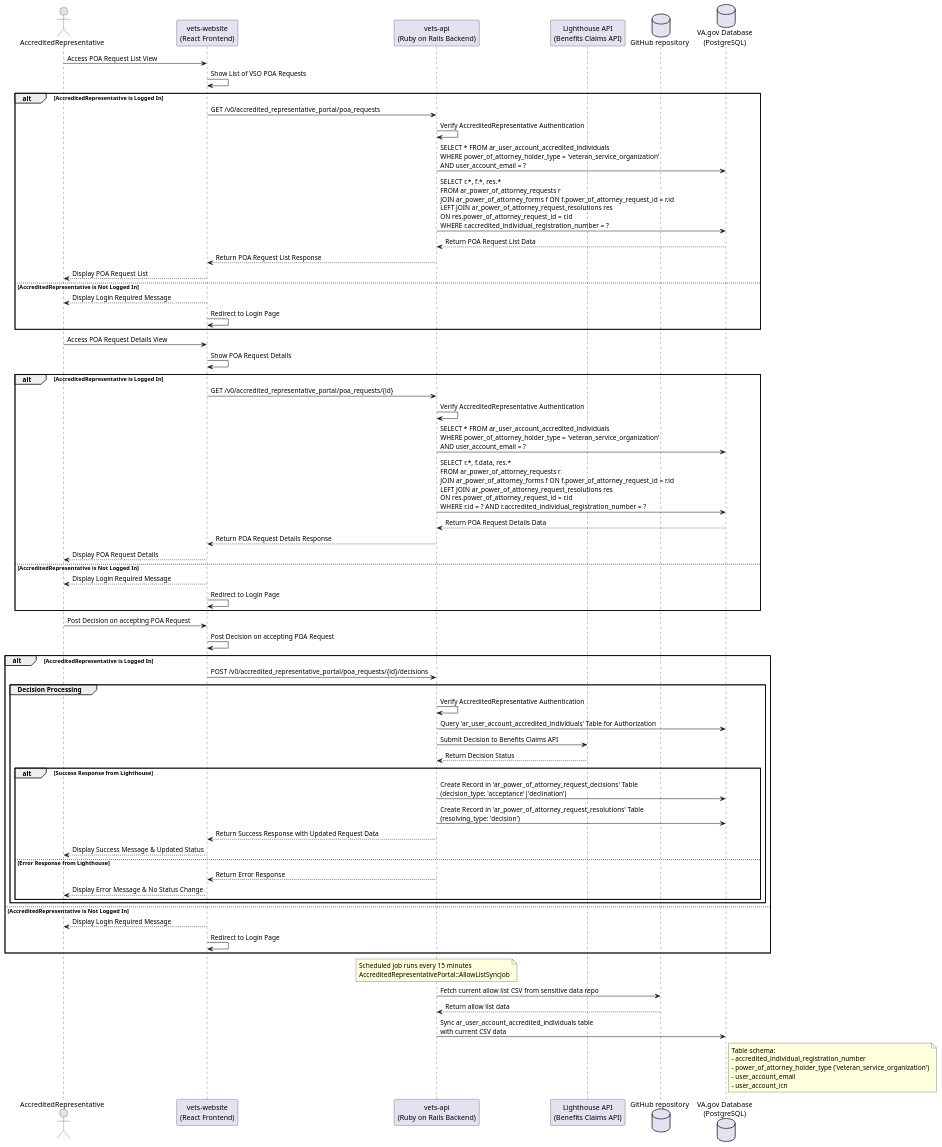
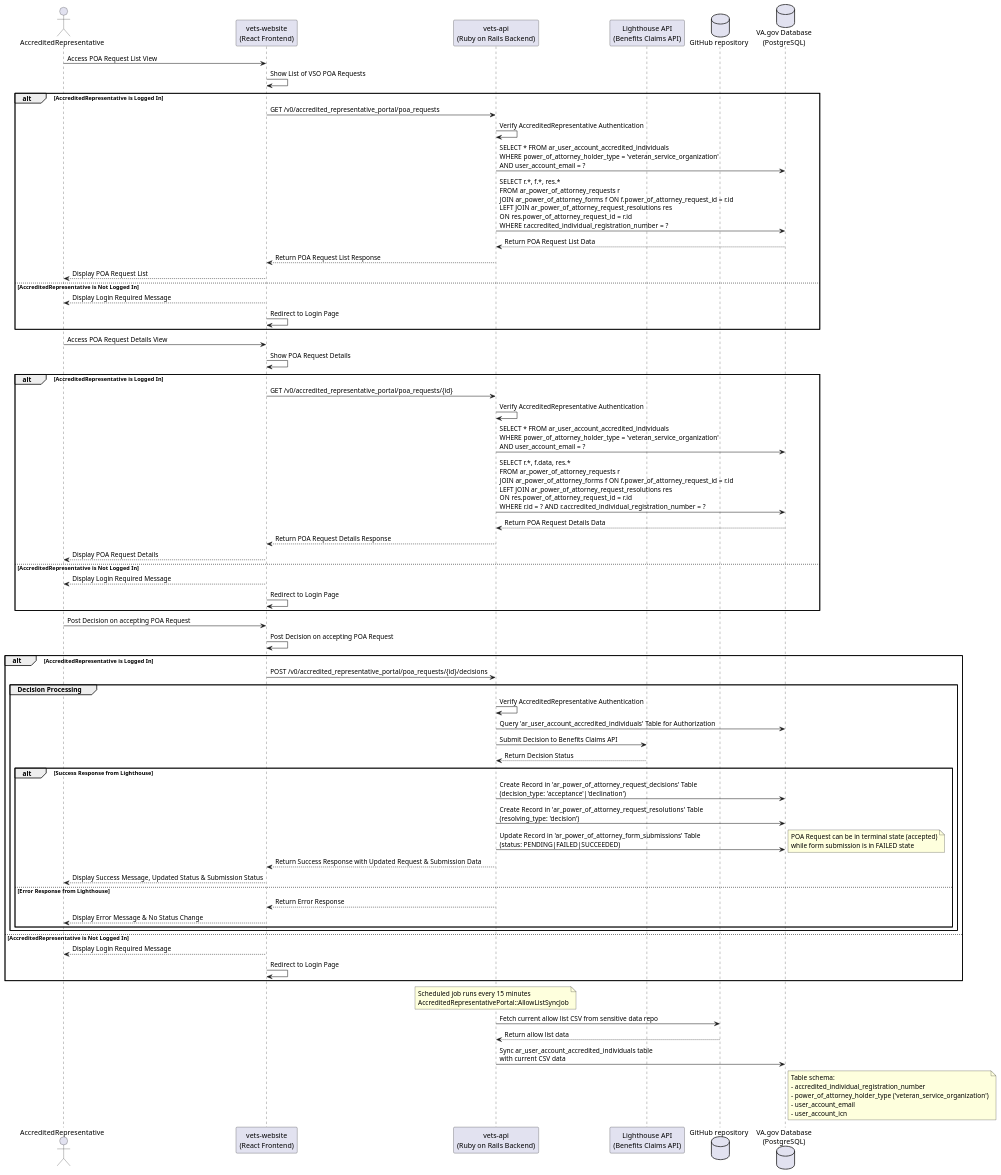
Before and after one commit to department-of-veterans-affairs/va.gov-team: the diagram in products/accredited-representative-facing/engineering/pilot-data-flow-diagram.puml, drawn with PlantUML. The commit also changed 3 other files, not shown here.

```diff
--- a/products/accredited-representative-facing/engineering/pilot-data-flow-diagram.puml
+++ b/products/accredited-representative-facing/engineering/pilot-data-flow-diagram.puml
@@ -1,95 +1,100 @@
 @startuml
 
 actor AccreditedRepresentative
 participant "vets-website\n(React Frontend)" as Frontend
 participant "vets-api\n(Ruby on Rails Backend)" as Backend
 participant "Lighthouse API\n(Benefits Claims API)" as LighthouseAPI
 database "GitHub repository" as Github
 database "VA.gov Database\n(PostgreSQL)" as VAGovDB
 
 ' --- POA REQUEST LIST ---
 AccreditedRepresentative -> Frontend : Access POA Request List View
 Frontend -> Frontend : Show List of VSO POA Requests
 alt AccreditedRepresentative is Logged In
     Frontend -> Backend : GET /v0/accredited_representative_portal/poa_requests
     Backend -> Backend : Verify AccreditedRepresentative Authentication
 
     Backend -> VAGovDB : SELECT * FROM ar_user_account_accredited_individuals\nWHERE power_of_attorney_holder_type = 'veteran_service_organization'\nAND user_account_email = ?
 
     Backend -> VAGovDB : SELECT r.*, f.*, res.*\nFROM ar_power_of_attorney_requests r\nJOIN ar_power_of_attorney_forms f ON f.power_of_attorney_request_id = r.id\nLEFT JOIN ar_power_of_attorney_request_resolutions res\nON res.power_of_attorney_request_id = r.id\nWHERE r.accredited_individual_registration_number = ?
 
     VAGovDB --> Backend : Return POA Request List Data
     Backend --> Frontend : Return POA Request List Response
     Frontend --> AccreditedRepresentative : Display POA Request List
 else AccreditedRepresentative is Not Logged In
     Frontend --> AccreditedRepresentative : Display Login Required Message
     Frontend -> Frontend : Redirect to Login Page
 end
 
 ' --- POA REQUEST DETAILS ---
 AccreditedRepresentative -> Frontend : Access POA Request Details View
 Frontend -> Frontend : Show POA Request Details
 alt AccreditedRepresentative is Logged In
     Frontend -> Backend : GET /v0/accredited_representative_portal/poa_requests/{id}
     Backend -> Backend : Verify AccreditedRepresentative Authentication
 
     Backend -> VAGovDB : SELECT * FROM ar_user_account_accredited_individuals\nWHERE power_of_attorney_holder_type = 'veteran_service_organization'\nAND user_account_email = ?
 
     Backend -> VAGovDB : SELECT r.*, f.data, res.*\nFROM ar_power_of_attorney_requests r\nJOIN ar_power_of_attorney_forms f ON f.power_of_attorney_request_id = r.id\nLEFT JOIN ar_power_of_attorney_request_resolutions res\nON res.power_of_attorney_request_id = r.id\nWHERE r.id = ? AND r.accredited_individual_registration_number = ?
 
     VAGovDB --> Backend : Return POA Request Details Data
     Backend --> Frontend : Return POA Request Details Response
     Frontend --> AccreditedRepresentative : Display POA Request Details
 else AccreditedRepresentative is Not Logged In
     Frontend --> AccreditedRepresentative : Display Login Required Message
     Frontend -> Frontend : Redirect to Login Page
 end
 
 ' --- POA REQUEST DECISION ---
 AccreditedRepresentative -> Frontend : Post Decision on accepting POA Request
 Frontend -> Frontend : Post Decision on accepting POA Request
 alt AccreditedRepresentative is Logged In
     Frontend -> Backend : POST /v0/accredited_representative_portal/poa_requests/{id}/decisions
     
     group Decision Processing
         Backend -> Backend : Verify AccreditedRepresentative Authentication
         Backend -> VAGovDB : Query 'ar_user_account_accredited_individuals' Table for Authorization
         
         Backend -> LighthouseAPI : Submit Decision to Benefits Claims API
         LighthouseAPI --> Backend : Return Decision Status
         
         alt Success Response from Lighthouse
             Backend -> VAGovDB : Create Record in 'ar_power_of_attorney_request_decisions' Table\n(decision_type: 'acceptance'|'declination')
             Backend -> VAGovDB : Create Record in 'ar_power_of_attorney_request_resolutions' Table\n(resolving_type: 'decision')
-            Backend --> Frontend : Return Success Response with Updated Request Data
-            Frontend --> AccreditedRepresentative : Display Success Message & Updated Status
+            Backend -> VAGovDB : Update Record in 'ar_power_of_attorney_form_submissions' Table\n(status: PENDING|FAILED|SUCCEEDED)
+            note right
+              POA Request can be in terminal state (accepted)
+              while form submission is in FAILED state
+            end note
+            Backend --> Frontend : Return Success Response with Updated Request & Submission Data
+            Frontend --> AccreditedRepresentative : Display Success Message, Updated Status & Submission Status
         else Error Response from Lighthouse
             Backend --> Frontend : Return Error Response
             Frontend --> AccreditedRepresentative : Display Error Message & No Status Change
         end
     end
 else AccreditedRepresentative is Not Logged In
     Frontend --> AccreditedRepresentative : Display Login Required Message
     Frontend -> Frontend : Redirect to Login Page
 end
 
 ' --- ALLOW LIST SYNC ---
 note over Backend
   Scheduled job runs every 15 minutes
   AccreditedRepresentativePortal::AllowListSyncJob
 end note
 
 Backend -> Github: Fetch current allow list CSV from sensitive data repo
 Github --> Backend: Return allow list data
 
 Backend -> VAGovDB: Sync ar_user_account_accredited_individuals table\nwith current CSV data
 
 note right of VAGovDB
   Table schema:
   - accredited_individual_registration_number
   - power_of_attorney_holder_type ('veteran_service_organization')
   - user_account_email
   - user_account_icn
 end note
 
 @enduml
```
